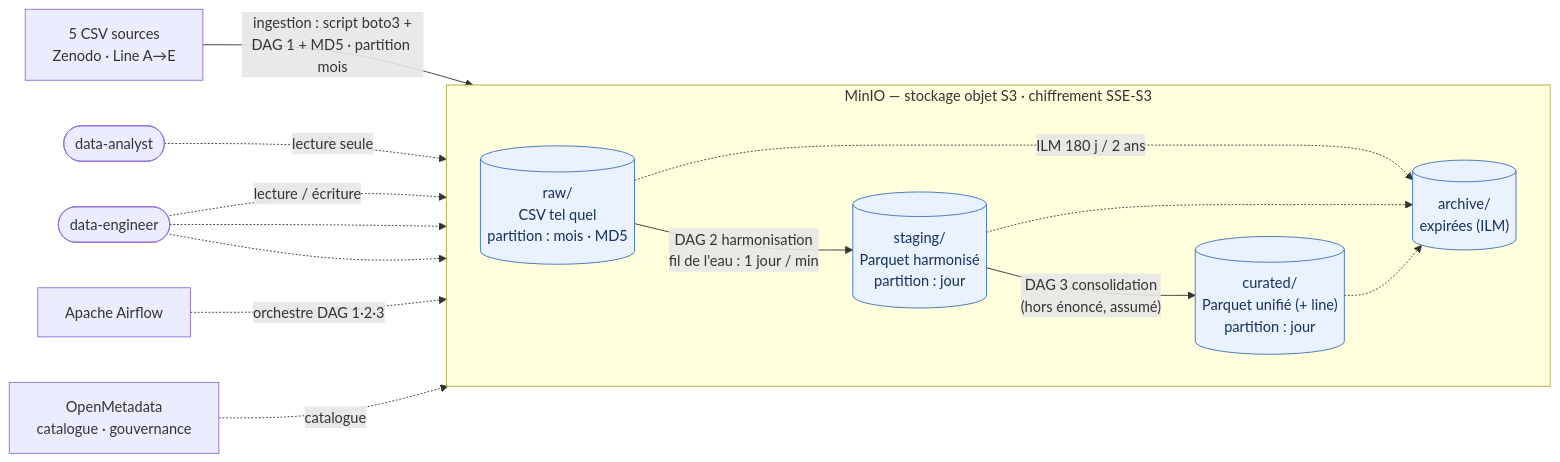
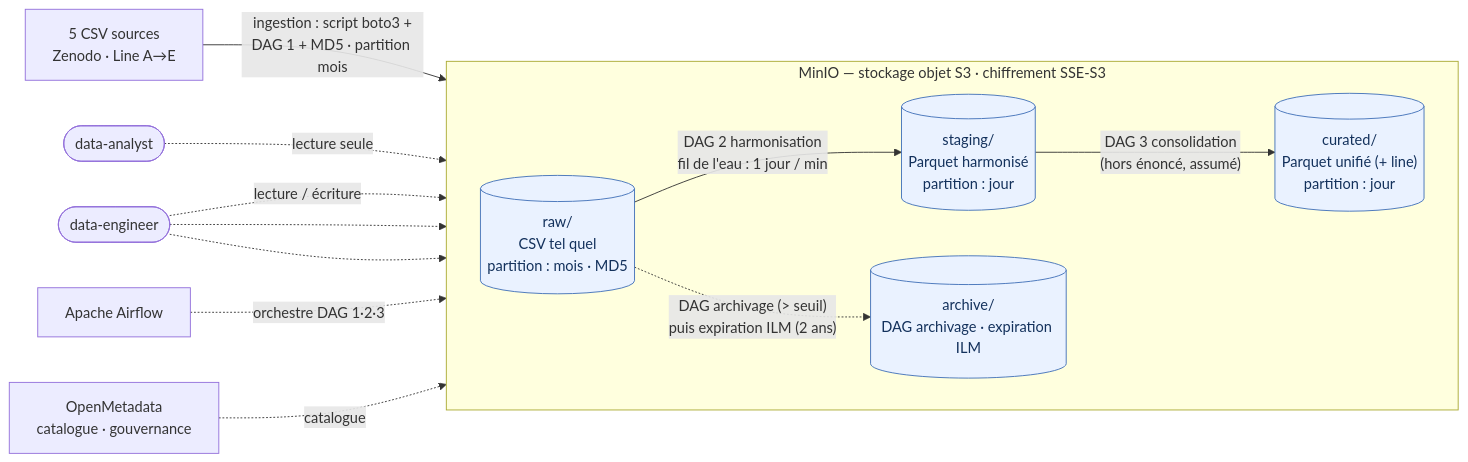
One commit to alexishs/datalake_iot changed the diagram in docs/architecture.md. Above: the diagram before and after it, drawn with Mermaid. The commit also changed other lines of this file and 8 other files, not shown here.

First line of the commit message:
feat(archive) : cycle de vie — DAG archivage (raw->archive + purge) + ILM (C20)

````diff
--- a/docs/architecture.md
+++ b/docs/architecture.md
@@ -13,29 +13,27 @@
 ```mermaid
 flowchart LR
     CSV["5 CSV sources<br/>Zenodo · Line A→E"]
 
     subgraph MINIO["MinIO — stockage objet S3 · chiffrement SSE-S3"]
         direction LR
         RAW[("raw/<br/>CSV tel quel<br/>partition : mois · MD5")]
         STG[("staging/<br/>Parquet harmonisé<br/>partition : jour")]
         CUR[("curated/<br/>Parquet unifié (+ line)<br/>partition : jour")]
-        ARC[("archive/<br/>expirées (ILM)")]
+        ARC[("archive/<br/>DAG archivage · expiration ILM")]
         RAW -->|"DAG 2 harmonisation<br/>fil de l'eau : 1 jour / min"| STG
         STG -->|"DAG 3 consolidation<br/>(hors énoncé, assumé)"| CUR
-        RAW -.->|"ILM 180 j / 2 ans"| ARC
-        STG -.-> ARC
-        CUR -.-> ARC
+        RAW -.->|"DAG archivage (> seuil)<br/>puis expiration ILM (2 ans)"| ARC
     end
 
     CSV -->|"ingestion : script boto3 +<br/>DAG 1 + MD5 · partition mois"| RAW
 
     AF["Apache Airflow"] -.->|"orchestre DAG 1·2·3"| MINIO
     OM["OpenMetadata<br/>catalogue · gouvernance"] -.->|catalogue| MINIO
     ANALYST(["data-analyst"]) -.->|lecture seule| CUR
     ENG(["data-engineer"]) -.->|"lecture / écriture"| RAW
     ENG -.-> STG
     ENG -.-> CUR
 
     classDef bucket fill:#eaf2ff,stroke:#4170b8,color:#13315c;
     class RAW,STG,CUR,ARC bucket;
 ```
````
